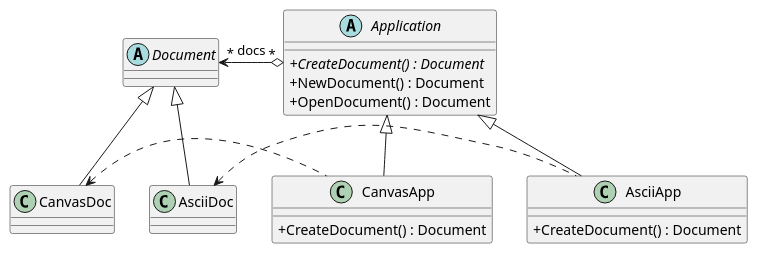
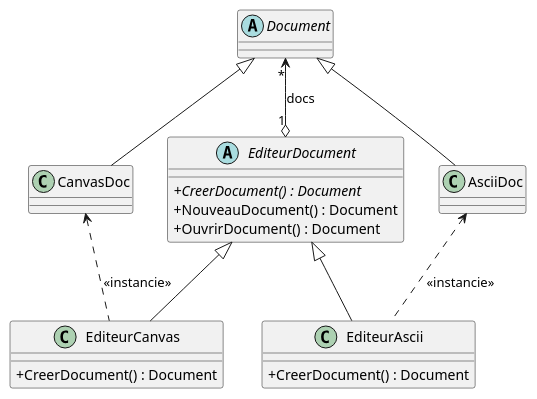
One commit to profdenis/3n1_doc changed the first of 2 diagrams in docs/section6/03_creation1_fabrique.md. Above: the diagram before and after it, drawn with PlantUML. The commit also changed other lines of this file and 39 other files, not shown here.

````diff
--- a/docs/section6/03_creation1_fabrique.md
+++ b/docs/section6/03_creation1_fabrique.md
@@ -39,35 +56,35 @@
 ```puml
 @startuml
 skinparam classAttributeIconSize 0
 
 abstract class Document {
 }
 
 class CanvasDoc {
 }
 Document <|-- CanvasDoc
 
 class AsciiDoc {
 }
 Document <|-- AsciiDoc
 
-abstract class Application {
-   +{abstract} CreateDocument() : Document
-   +NewDocument() : Document
-   +OpenDocument() : Document
+abstract class EditeurDocument {
+   +{abstract} CreerDocument() : Document
+   +NouveauDocument() : Document
+   +OuvrirDocument() : Document
 }
-Document "*" <-o "*" Application :docs  
+Document "*" <-o "1" EditeurDocument : docs
 
-class CanvasApp {
-   +CreateDocument() : Document
+class EditeurCanvas {
+   +CreerDocument() : Document
 }
-Application <|-- CanvasApp
-CanvasDoc <. CanvasApp
+EditeurDocument <|-- EditeurCanvas
+CanvasDoc <.. EditeurCanvas : <<instancie>>
 
-class AsciiApp {
-   +CreateDocument() : Document
+class EditeurAscii {
+   +CreerDocument() : Document
 }
-Application <|-- AsciiApp
-AsciiDoc <. AsciiApp
+EditeurDocument <|-- EditeurAscii
+AsciiDoc <.. EditeurAscii : <<instancie>>
 @enduml
 ```
````
